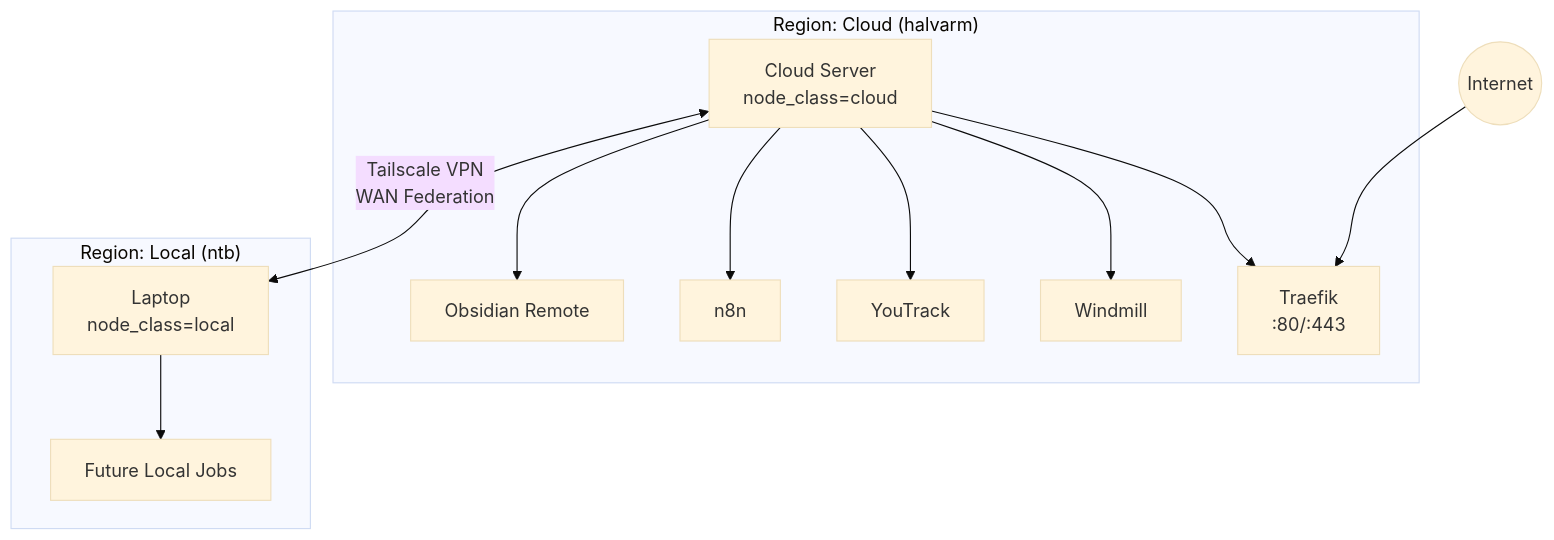
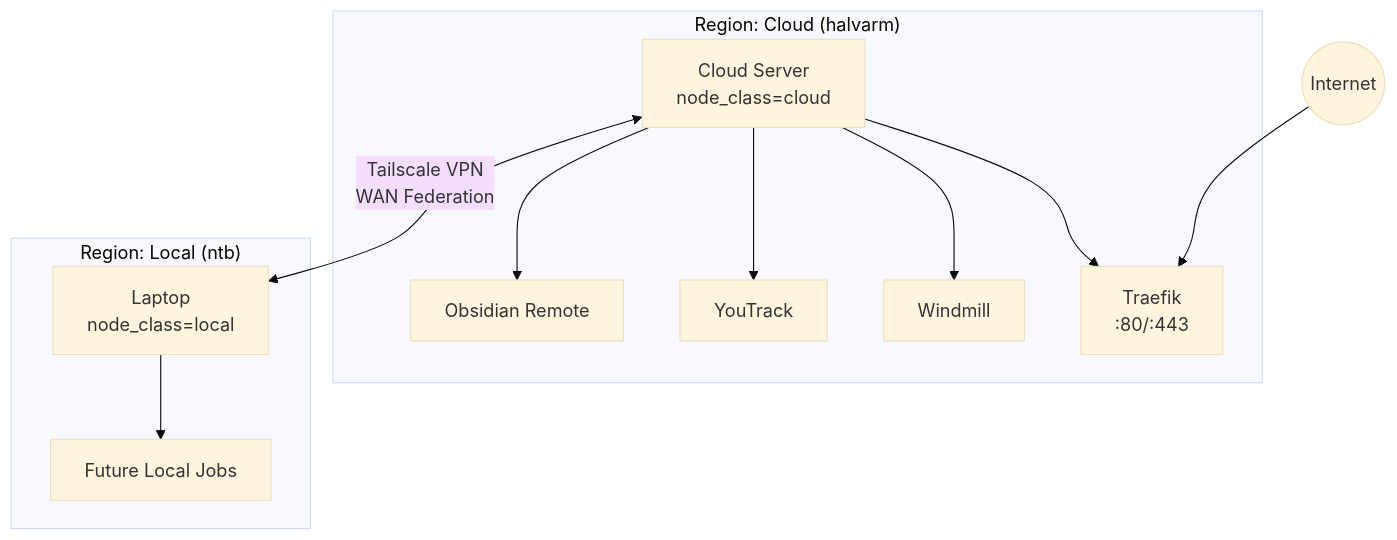
The diagram in infrastruct/nomad_stack/README.md (simik394/osobni_wf), drawn with Mermaid (base theme) before and after one commit. The commit also changed other lines of this file and 2 other files, not shown here.

Commit message:
docs: remove n8n references and replace with Windmill in architecture plan

````diff
--- a/infrastruct/nomad_stack/README.md
+++ b/infrastruct/nomad_stack/README.md
@@ -7,20 +7,19 @@
 ```mermaid
 graph TB
     subgraph "Region: Cloud (halvarm)"
         CS[Cloud Server<br/>node_class=cloud]
         CS --> Traefik[Traefik<br/>:80/:443]
         CS --> Windmill[Windmill]
         CS --> YouTrack[YouTrack]
-        CS --> N8N[n8n]
         CS --> Obsidian[Obsidian Remote]
     end
     
     subgraph "Region: Local (ntb)"
         LS[Laptop<br/>node_class=local]
         LS --> LocalJobs[Future Local Jobs]
     end
     
     CS <-->|Tailscale VPN<br/>WAN Federation| LS
     
     Internet((Internet)) --> Traefik
 ```
````
